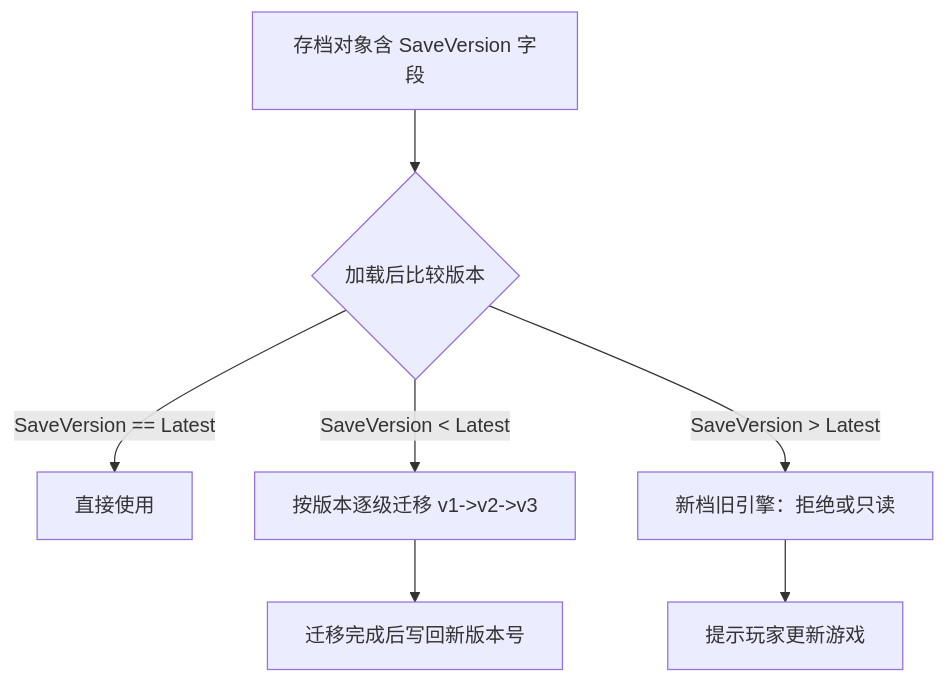
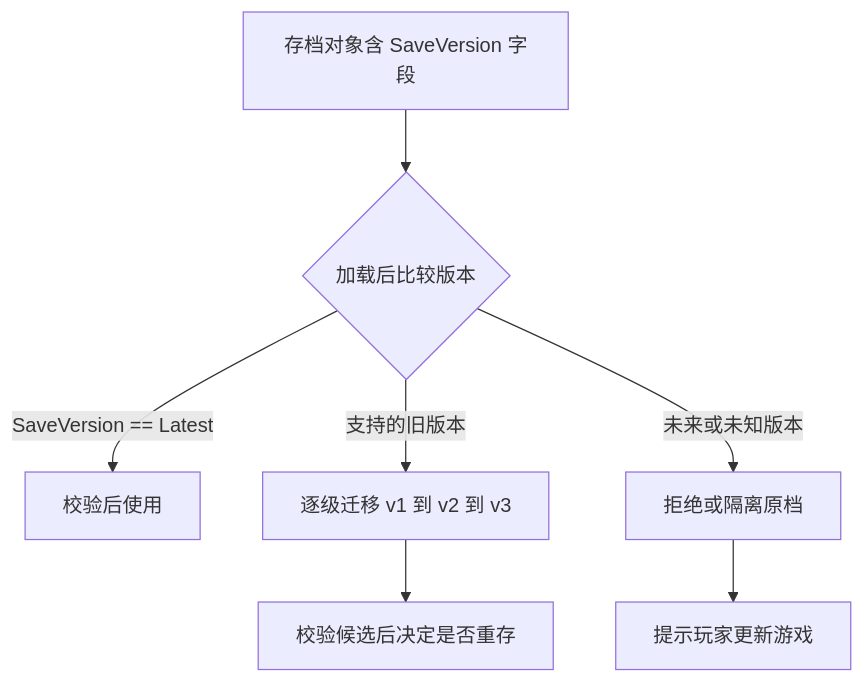
Before and after one commit to fantuan812/learning: the second of 3 diagrams in 游戏知识/03-游戏玩法编程/12-SaveGame存档系统与序列化.md, drawn with Mermaid. The commit also changed other lines of this file and 5 other files, not shown here.

````diff
--- a/游戏知识/03-游戏玩法编程/12-SaveGame存档系统与序列化.md
+++ b/游戏知识/03-游戏玩法编程/12-SaveGame存档系统与序列化.md
@@ -118,9 +168,9 @@
 ```mermaid
 flowchart TD
     A[存档对象含 SaveVersion 字段] --> B{加载后比较版本}
-    B -->|SaveVersion == Latest| C[直接使用]
-    B -->|SaveVersion < Latest| D[按版本逐级迁移 v1->v2->v3]
-    B -->|SaveVersion > Latest| E[新档旧引擎：拒绝或只读]
-    D --> F[迁移完成后写回新版本号]
+    B -->|SaveVersion == Latest| C[校验后使用]
+    B -->|支持的旧版本| D[逐级迁移 v1 到 v2 到 v3]
+    B -->|未来或未知版本| E[拒绝或隔离原档]
+    D --> F[校验候选后决定是否重存]
     E --> G[提示玩家更新游戏]
 ```
````
